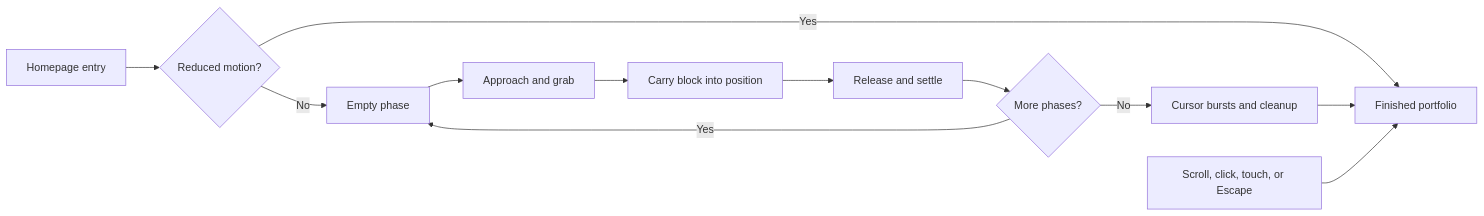
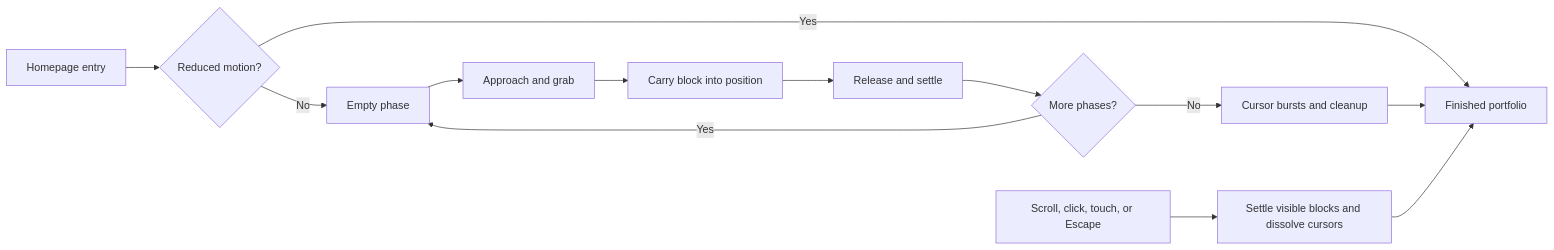
One commit to Mr-Jabs/Mr-Jabs changed the diagram in README.md. Above: the diagram before and after it, drawn with Mermaid. The commit also changed other lines of this file and 6 other files, not shown here.

````diff
--- a/README.md
+++ b/README.md
@@ -54,14 +54,15 @@
 ```mermaid
 flowchart LR
     Entry[Homepage entry] --> Preference{Reduced motion?}
     Preference -->|Yes| Content[Finished portfolio]
     Preference -->|No| Blank[Empty phase]
     Blank --> Pick[Approach and grab]
     Pick --> Carry[Carry block into position]
     Carry --> Place[Release and settle]
     Place --> Next{More phases?}
     Next -->|Yes| Blank
     Next -->|No| Finish[Cursor bursts and cleanup]
     Finish --> Content
-    Skip[Scroll, click, touch, or Escape] --> Content
+    Skip[Scroll, click, touch, or Escape] --> Settle[Settle visible blocks and dissolve cursors]
+    Settle --> Content
 ```
````
